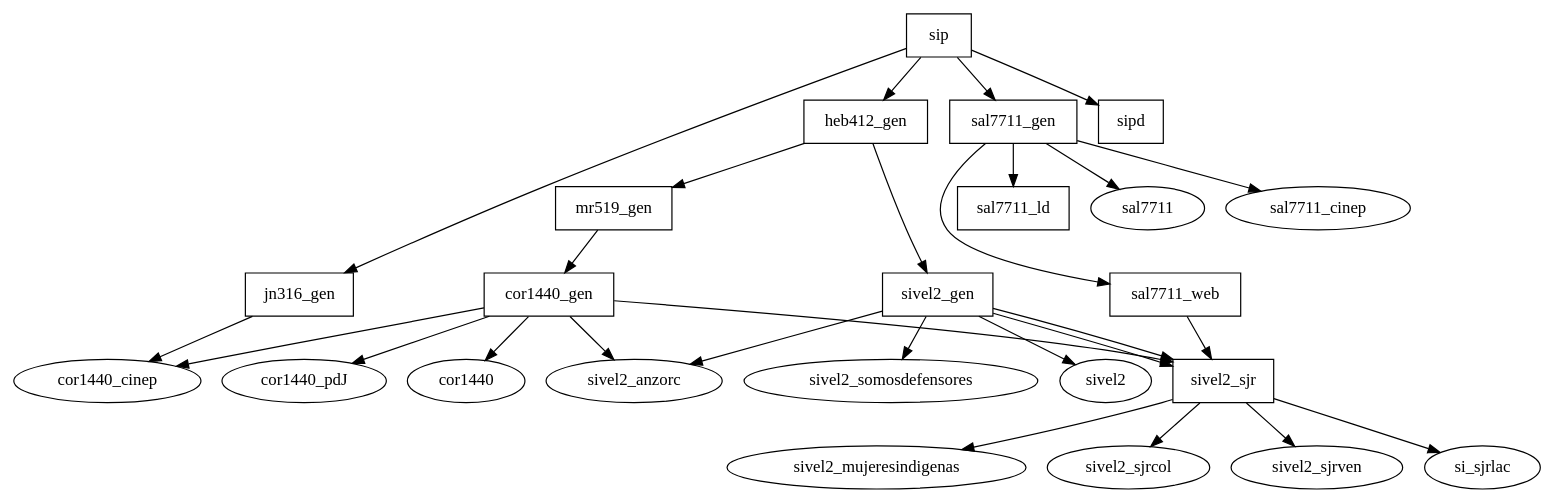
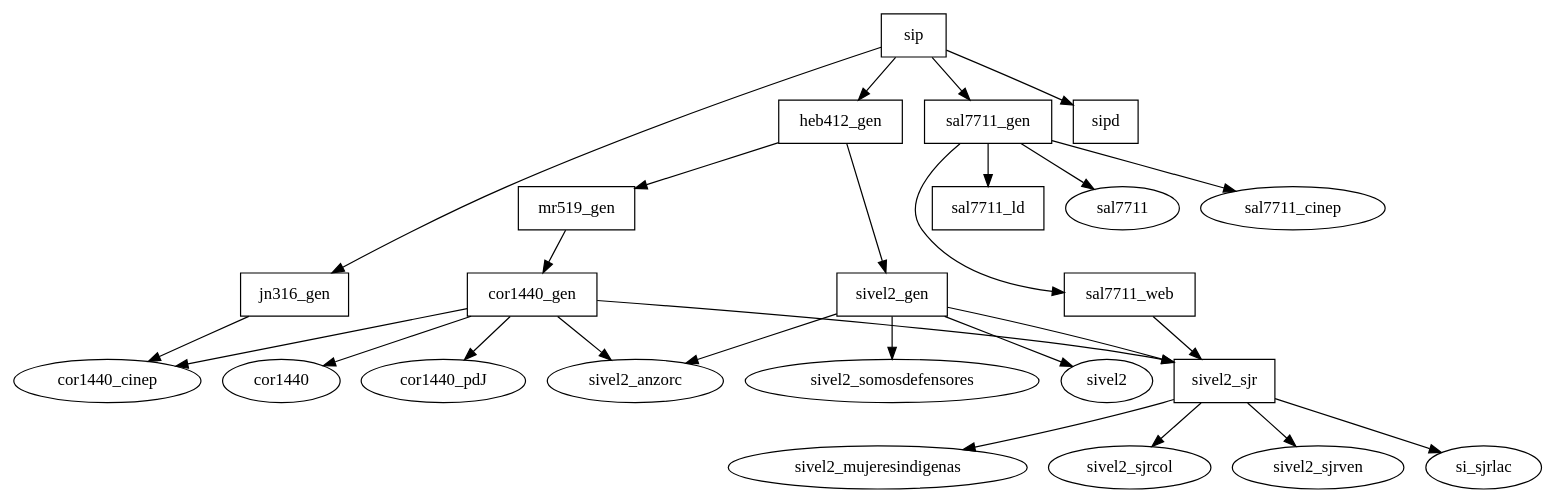
The diagram in doc/dependencias.dot (pasosdeJesus/sip), drawn with Graphviz before and after one commit. The commit also changed 1 other file, not shown here.

```diff
--- a/doc/dependencias.dot
+++ b/doc/dependencias.dot
@@ -1,26 +1,25 @@
 digraph I {
   
   cor1440_gen  [shape=box]
   jn316_gen [shape=box]
   heb412_gen [shape=box]
   mr519_gen [shape=box]
   sivel2_gen [shape=box]
   sivel2_sjr [shape=box]
   sal7711_gen [shape=box]
   sal7711_ld [shape=box]
   sal7711_web [shape=box]
   sip [shape=box]
   sipd [shape=box]
  
   sip -> {sipd,jn316_gen,heb412_gen,sal7711_gen}
   heb412_gen -> {mr519_gen, sivel2_gen}
-  sivel2_gen -> {sivel2, sivel2_sjr}
-  mr519_gen -> cor1440_gen -> {cor1440, cor1440_pdJ, cor1440_cinep}
+  mr519_gen -> cor1440_gen 
   jn316_gen -> cor1440_cinep
+  sivel2_gen -> {sivel2, sivel2_sjr, sivel2_somosdefensores, sivel2_anzorc}
   sal7711_gen -> {sal7711, sal7711_cinep, sal7711_web, sal7711_ld}
-  {sal7711_web,sivel2_gen,cor1440_gen} -> sivel2_sjr
-  sivel2_gen -> {sivel2_somosdefensores, sivel2_anzorc}
-  cor1440_gen -> sivel2_anzorc
+  sal7711_web -> sivel2_sjr
+  cor1440_gen -> {cor1440, cor1440_pdJ, cor1440_cinep, sivel2_sjr, sivel2_anzorc}
   sivel2_sjr -> {sivel2_mujeresindigenas, sivel2_sjrcol, sivel2_sjrven, si_sjrlac}
 
 }
```
